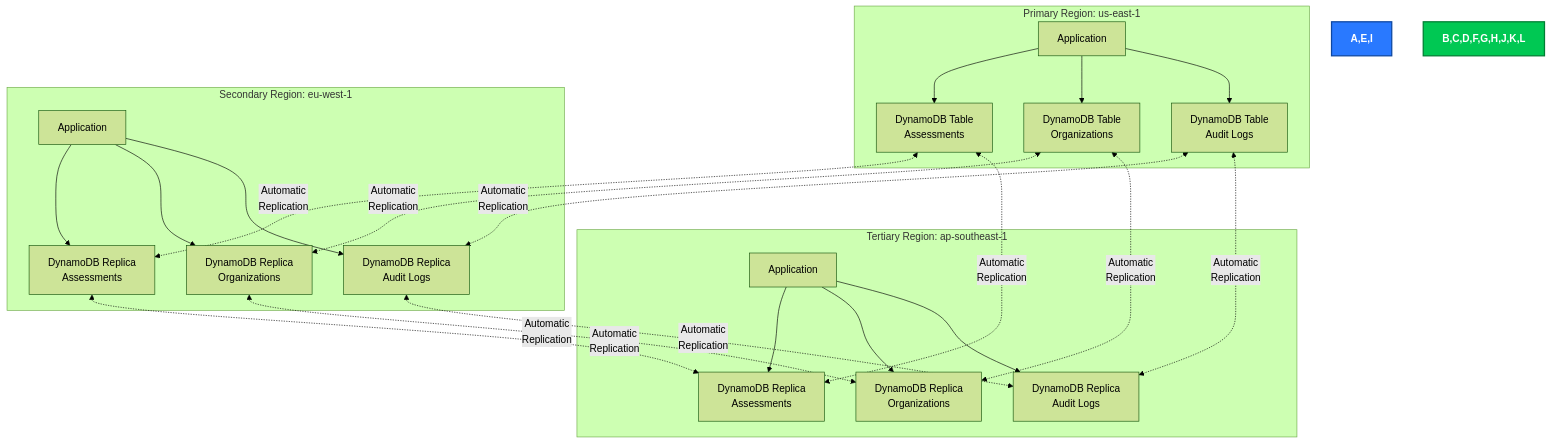
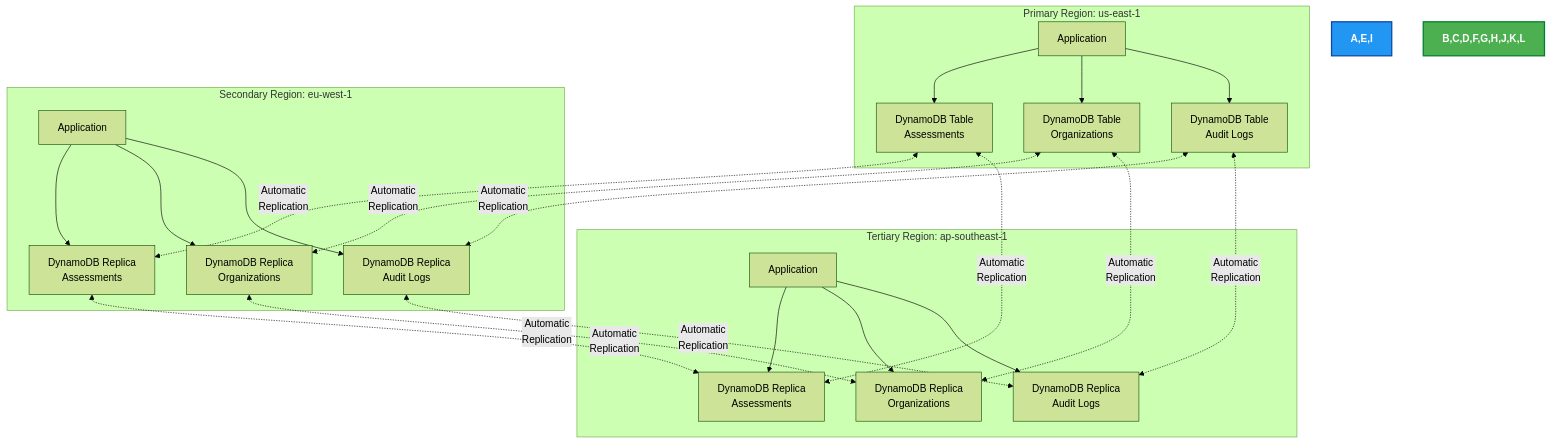
Before and after one commit to step-security-bot/cia-compliance-manager: the eighth of 11 diagrams in docs/architecture/FUTURE_ARCHITECTURE.md, drawn with Mermaid (forest theme). The commit also changed other lines of this file and 27 other files, not shown here.

First line of the commit message:
fix: resolve broken mermaid diagrams and improve color coding to match ISMS style guide (#1106)

````diff
--- a/docs/architecture/FUTURE_ARCHITECTURE.md
+++ b/docs/architecture/FUTURE_ARCHITECTURE.md
@@ -478,35 +478,35 @@
 ```mermaid
 graph TD
     subgraph "Primary Region: us-east-1"
         A[Application] --> B[DynamoDB Table<br/>Assessments]
         A --> C[DynamoDB Table<br/>Organizations]
         A --> D[DynamoDB Table<br/>Audit Logs]
     end
     
     subgraph "Secondary Region: eu-west-1"
         E[Application] --> F[DynamoDB Replica<br/>Assessments]
         E --> G[DynamoDB Replica<br/>Organizations]
         E --> H[DynamoDB Replica<br/>Audit Logs]
     end
     
     subgraph "Tertiary Region: ap-southeast-1"
         I[Application] --> J[DynamoDB Replica<br/>Assessments]
         I --> K[DynamoDB Replica<br/>Organizations]
         I --> L[DynamoDB Replica<br/>Audit Logs]
     end
     
     B <-.->|Automatic<br/>Replication| F
     B <-.->|Automatic<br/>Replication| J
     F <-.->|Automatic<br/>Replication| J
     
     C <-.->|Automatic<br/>Replication| G
     C <-.->|Automatic<br/>Replication| K
     G <-.->|Automatic<br/>Replication| K
     
     D <-.->|Automatic<br/>Replication| H
     D <-.->|Automatic<br/>Replication| L
     H <-.->|Automatic<br/>Replication| L
 
-    style A,E,I fill:#2979FF,stroke:#0D47A1,stroke-width:2px,color:white,font-weight:bold
-    style B,C,D,F,G,H,J,K,L fill:#00C853,stroke:#007E33,stroke-width:2px,color:white,font-weight:bold
+    style A,E,I fill:#2196F3,stroke:#0D47A1,stroke-width:2px,color:white,font-weight:bold
+    style B,C,D,F,G,H,J,K,L fill:#4CAF50,stroke:#007E33,stroke-width:2px,color:white,font-weight:bold
 ```
````
